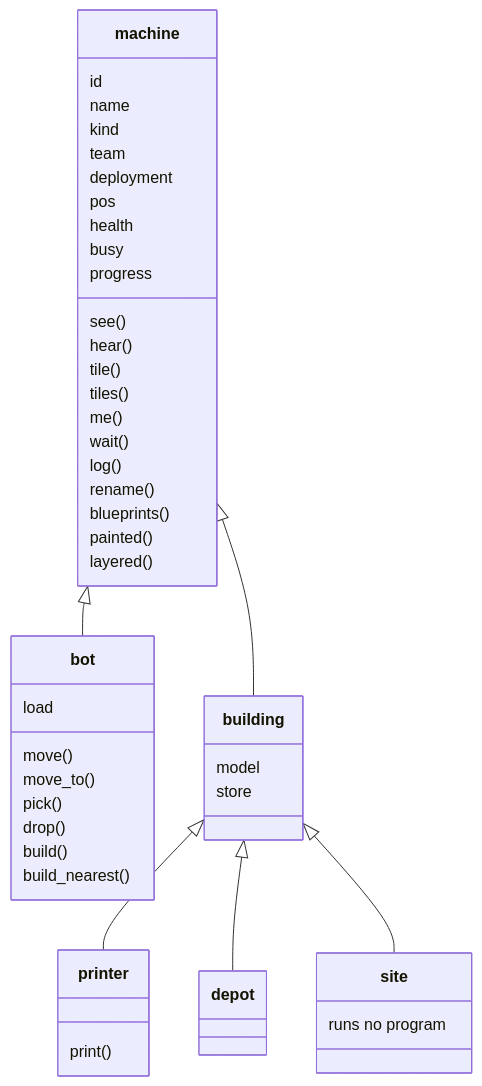
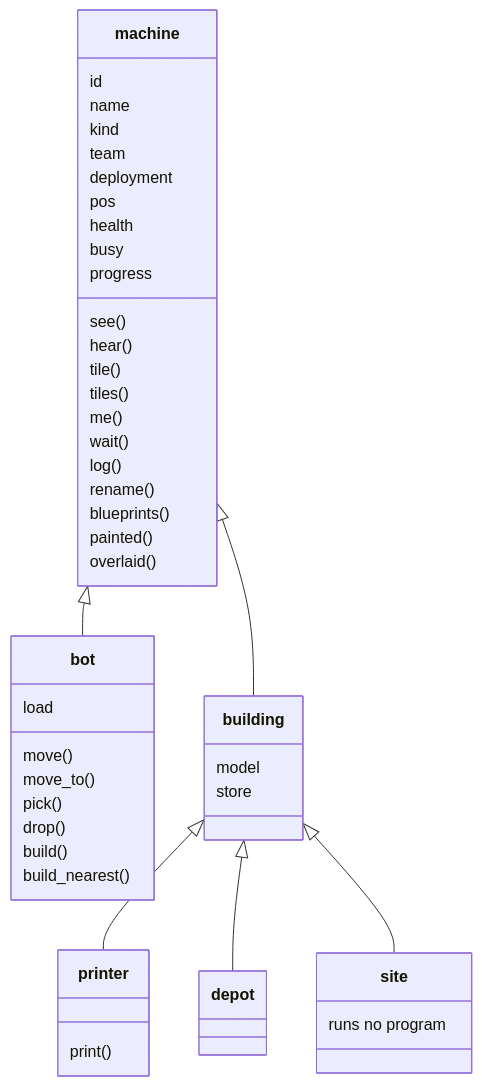
One commit to mmmtastymmm/programming-game-planned-2 changed the diagram in docs/02-machines.md. Above: the diagram before and after it, drawn with Mermaid. The commit also changed other lines of this file and 6 other files, not shown here.

````diff
--- a/docs/02-machines.md
+++ b/docs/02-machines.md
@@ -148,50 +148,50 @@
 ```mermaid
 classDiagram
   class machine {
     id
     name
     kind
     team
     deployment
     pos
     health
     busy
     progress
     see()
     hear()
     tile()
     tiles()
     me()
     wait()
     log()
     rename()
     blueprints()
     painted()
-    layered()
+    overlaid()
   }
   class bot {
     load
     move()
     move_to()
     pick()
     drop()
     build()
     build_nearest()
   }
   class building {
     model
     store
   }
   class printer {
     print()
   }
   class depot
   class site {
     runs no program
   }
   machine <|-- bot
   machine <|-- building
   building <|-- printer
   building <|-- depot
   building <|-- site
 ```
````
